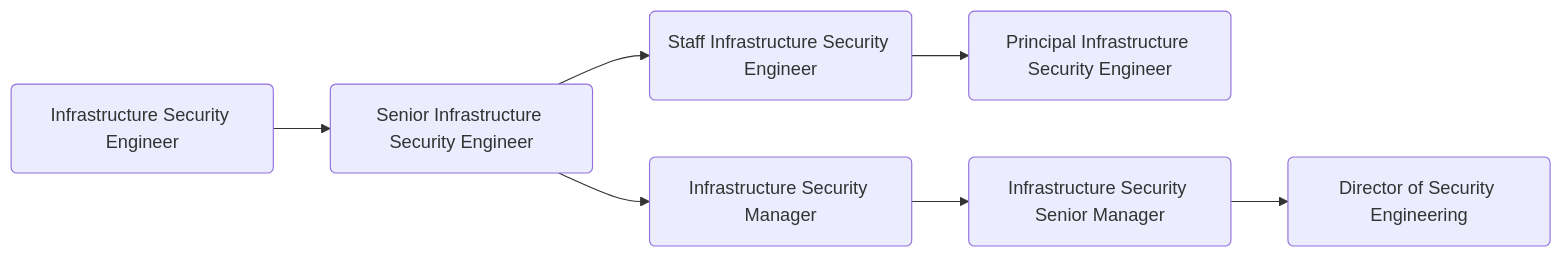
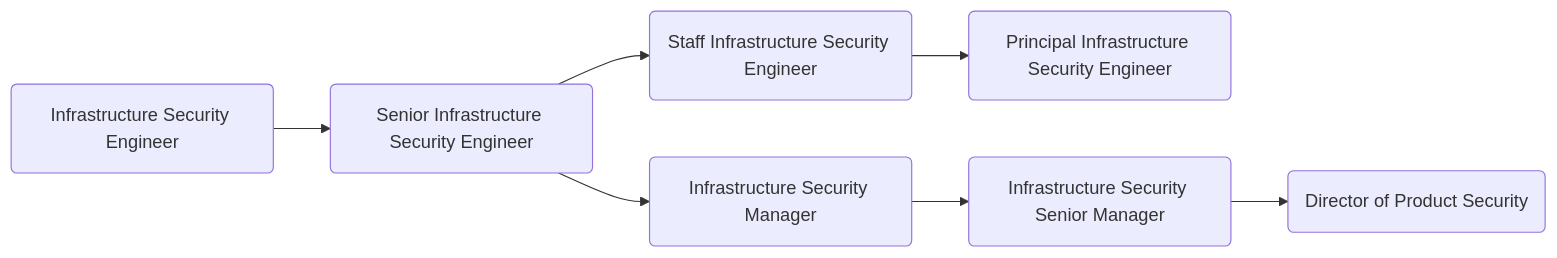
Before and after one commit to secretstartups/handbook: the diagram in content/job-families/security/security-logging.md, drawn with Mermaid. The commit also changed 69 other files, not shown here.

Commit message:
Change Security Engineering name to Product Security

````diff
--- a/content/job-families/security/security-logging.md
+++ b/content/job-families/security/security-logging.md
@@ -117,9 +117,9 @@
 ```mermaid
   graph LR;
   sec:se(Infrastructure Security Engineer)-->sec:sse(Senior Infrastructure Security Engineer);
   sec:sse(Senior Infrastructure Security Engineer)-->sec:stse(Staff Infrastructure Security Engineer);
   sec:stse(Staff Infrastructure Security Engineer)-->sec:dse(Principal Infrastructure Security Engineer);
   sec:sse(Senior Infrastructure Security Engineer)-->sec:sem(Infrastructure Security Manager);
   sec:sem(Infrastructure Security Manager)-->sec:sesm(Infrastructure Security Senior Manager);
-  sec:sesm(Infrastructure Security Senior Manager)-->sec:ds(Director of Security Engineering);
+  sec:sesm(Infrastructure Security Senior Manager)-->sec:ds(Director of Product Security);
 ```
````
